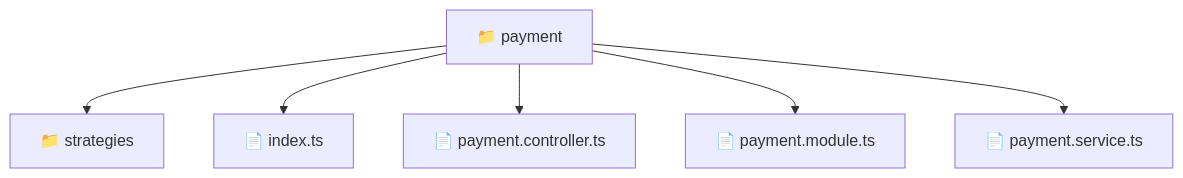
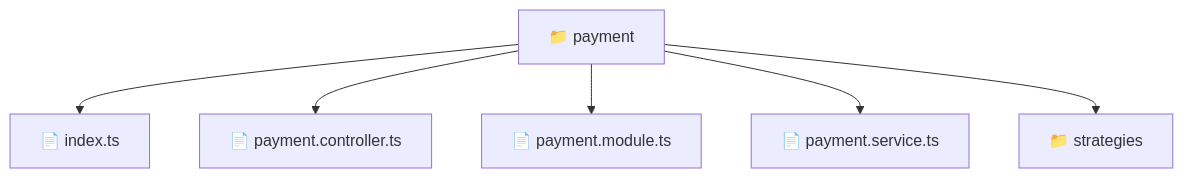
The diagram in backend/src/modules/payment/README.md (beginwebdev2002/fullstack-mavluda), drawn with Mermaid before and after one commit. The commit also changed other lines of this file and 166 other files, not shown here.

First line of the commit message:
docs: generate repository-wide architectural README files

````diff
--- a/backend/src/modules/payment/README.md
+++ b/backend/src/modules/payment/README.md
@@ -9,9 +11,14 @@
 ```mermaid
 graph TD
-  Root["📁 payment"]
-  Root --> strategies["📁 strategies"]
-  Root --> index_ts["📄 index.ts"]
-  Root --> payment_controller_ts["📄 payment.controller.ts"]
-  Root --> payment_module_ts["📄 payment.module.ts"]
-  Root --> payment_service_ts["📄 payment.service.ts"]
+  f_Root_payment["📁 payment"]
+  f_index_ts["📄 index.ts"]
+  f_Root_payment --> f_index_ts
+  f_payment_controller_ts["📄 payment.controller.ts"]
+  f_Root_payment --> f_payment_controller_ts
+  f_payment_module_ts["📄 payment.module.ts"]
+  f_Root_payment --> f_payment_module_ts
+  f_payment_service_ts["📄 payment.service.ts"]
+  f_Root_payment --> f_payment_service_ts
+  f_Dir_strategies["📁 strategies"]
+  f_Root_payment --> f_Dir_strategies
 ```
````
